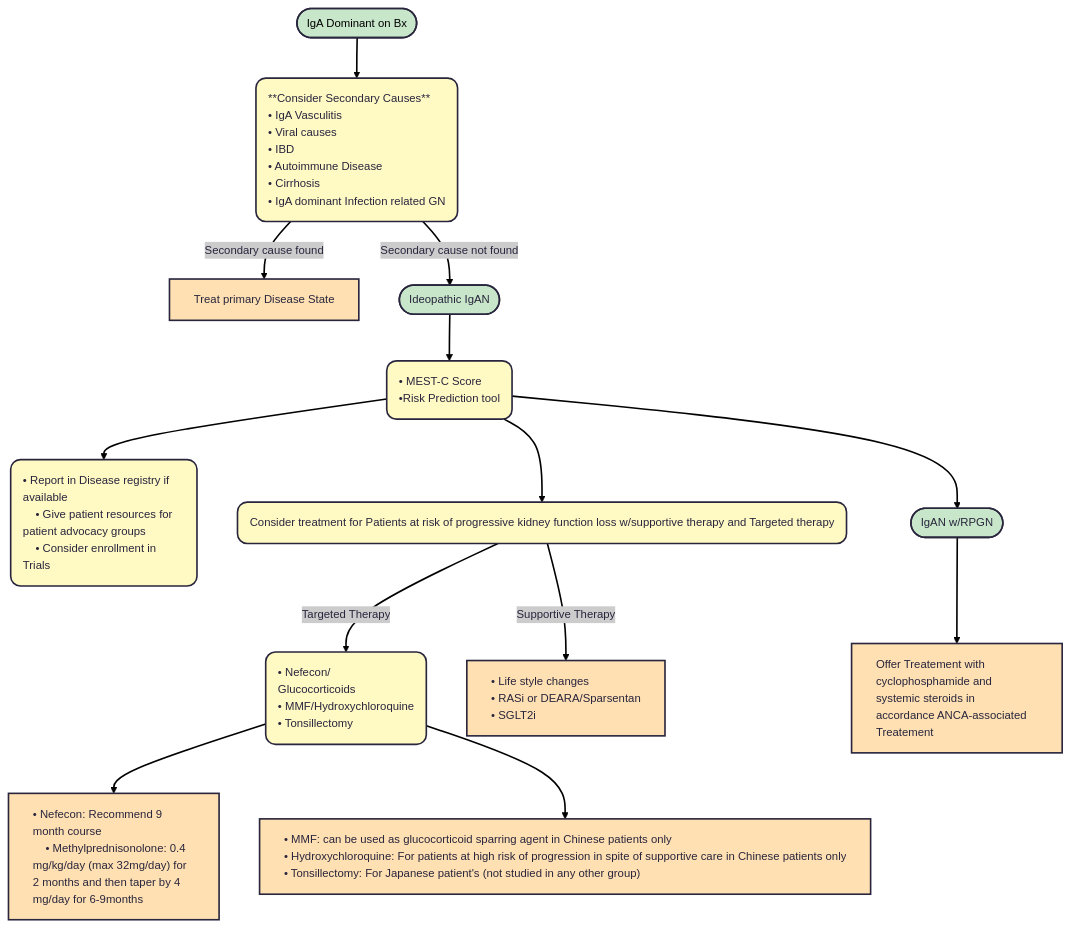
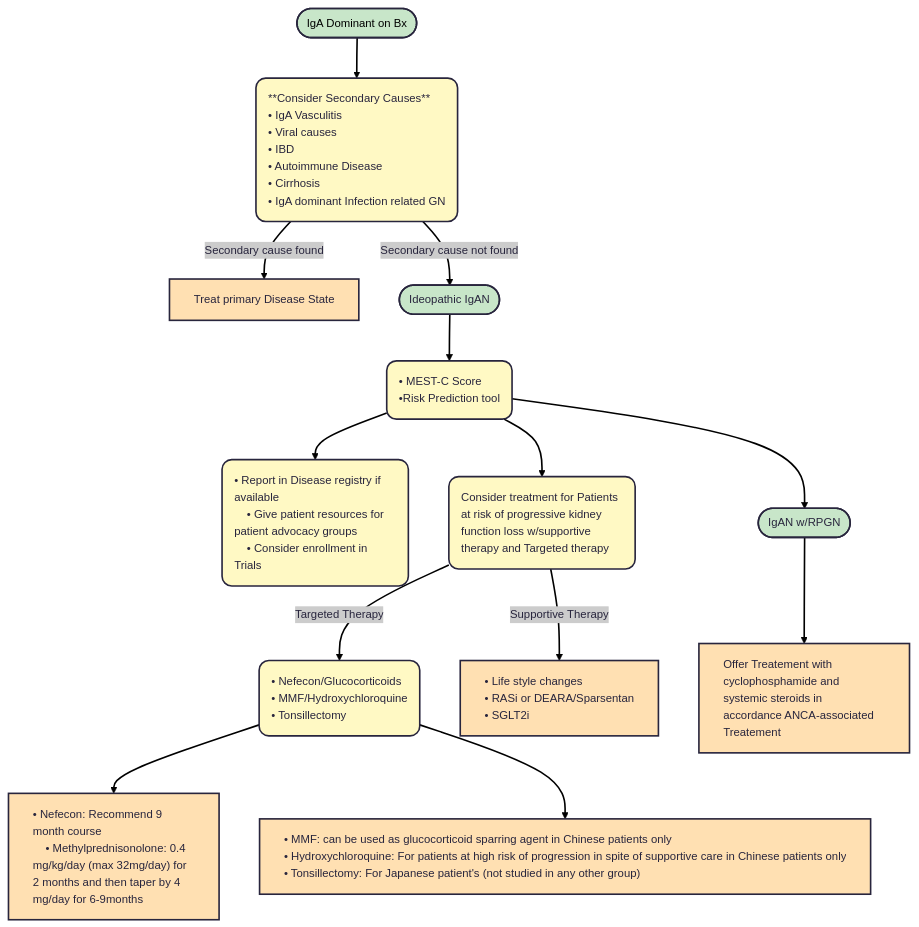
The diagram in docs/IGAN.md (TTUNEPH2025/GN), drawn with Mermaid before and after one commit.

````diff
--- a/docs/IGAN.md
+++ b/docs/IGAN.md
@@ -69,51 +69,50 @@
 ```mermaid
 ---
 config:
   theme: redux
 ---
 flowchart TD
     A(["IgA Dominant on Bx"]) --> n1["**Consider Secondary Causes**
     • IgA Vasculitis
     • Viral causes
     • IBD
     • Autoimmune Disease
     • Cirrhosis 
     • IgA dominant Infection related GN"]
     n1 -- Secondary cause found --> n2["Treat primary Disease State"]
     n1 -- Secondary cause not found --> n3(["Ideopathic IgAN"])
     n3 --> n4["• MEST-C Score
     •Risk Prediction tool"]
     n4 --> n5["• Report in Disease registry if available
     • Give patient resources for patient advocacy groups
     • Consider enrollment in Trials"] & n6["Consider treatment for Patients at risk of progressive kidney function loss w/supportive therapy and Targeted therapy"] & n9(["IgAN w/RPGN"])
-    n6 -- Targeted Therapy --> n7["• Nefecon/
-    Glucocorticoids
+    n6 -- Targeted Therapy --> n7["• Nefecon/Glucocorticoids
     • MMF/Hydroxychloroquine
     • Tonsillectomy"]
     n6 -- Supportive Therapy --> n8["• Life style changes
     • RASi or DEARA/Sparsentan
     • SGLT2i"]
     n9 --> n10["Offer Treatement with cyclophosphamide and systemic steroids in accordance ANCA-associated Treatement"]
     n7 --> n11["• Nefecon: Recommend 9 month course
     • Methylprednisonolone: 0.4 mg/kg/day (max 32mg/day) for 2 months and then taper by 4 mg/day for 6-9months"] & n12@{ label: "• MMF: can be used as glucocorticoid sparring agent in Chinese patients only\n    • Hydroxychloroquine: For patients at high risk of progression in spite of supportive care in Chinese patients only\n    • Tonsillectomy: For Japanese patient's (not studied in any other group)" }
     n1@{ shape: rounded}
     n4@{ shape: rounded}
     n5@{ shape: rounded}
     n6@{ shape: rounded}
     n7@{ shape: rounded}
     n8@{ shape: rect}
     n12@{ shape: rect}
     style A fill:#C8E6C9,color:#000000
     style n1 fill:#FFF9C4,text-align:left,white-space:nowrap
     style n2 fill:#FFE0B2,text-align:left
     style n3 fill:#C8E6C9,text-align:left
     style n4 fill:#FFF9C4,text-align:left
     style n5 fill:#FFF9C4,text-align:left
-    style n6 fill:#FFF9C4,text-align:left,white-space:nowrap
+    style n6 fill:#FFF9C4,text-align:left
     style n9 fill:#C8E6C9,text-align:left
-    style n7 fill:#FFF9C4,text-align:left
+    style n7 fill:#FFF9C4,text-align:left,white-space:nowrap
     style n8 fill:#FFE0B2,text-align:left,white-space:nowrap
     style n10 fill:#FFE0B2,text-align:left
     style n11 fill:#FFE0B2,text-align:left
     style n12 fill:#FFE0B2,text-align:left,white-space:nowrap
 ```
````
